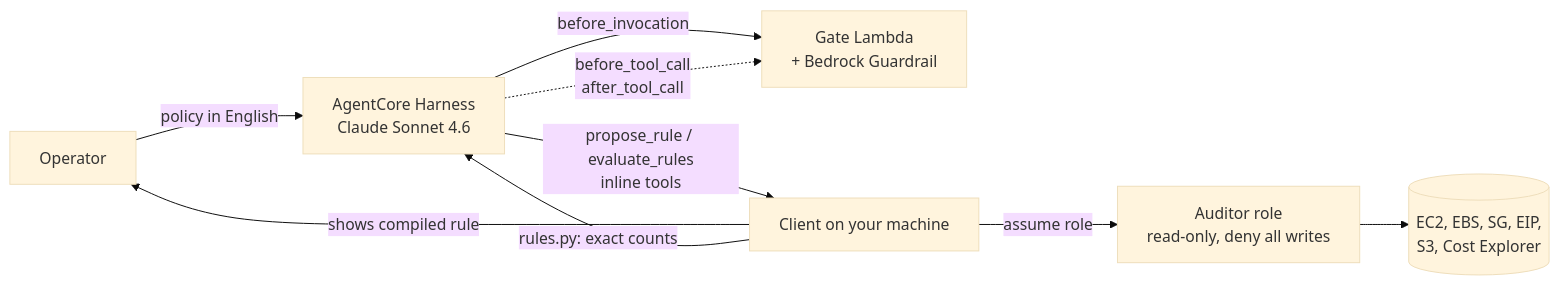
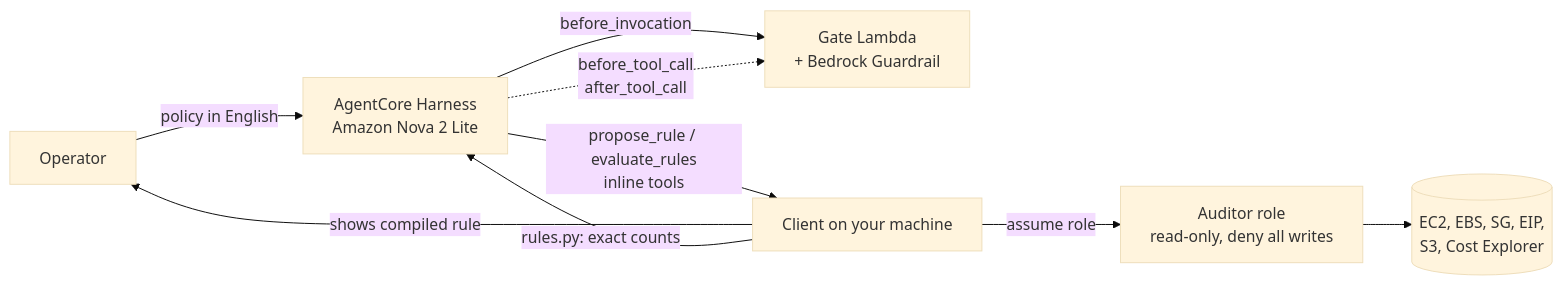
The diagram in README.md (xbill9/policy-warden), drawn with Mermaid (base theme) before and after one commit. The commit also changed other lines of this file and 1 other file, not shown here.

Commit message:
Default model: Amazon Nova 2 Lite
First-party, no Marketplace agreement, and the model only compiles rules;
code does the counting. Live probe: answers the job question and the gate
blocks the injection prompt (PROMPT_ATTACK, Remediation).

````diff
--- a/README.md
+++ b/README.md
@@ -17,11 +17,11 @@
 ```mermaid
 flowchart LR
-    U[Operator] -->|policy in English| H[AgentCore Harness<br/>Claude Sonnet 4.6]
+    U[Operator] -->|policy in English| H[AgentCore Harness<br/>Amazon Nova 2 Lite]
     H -->|before_invocation| G[Gate Lambda<br/>+ Bedrock Guardrail]
     H -->|propose_rule / evaluate_rules<br/>inline tools| C[Client on your machine]
     H -.->|before_tool_call<br/>after_tool_call| G
     C -->|shows compiled rule| U
     C -->|assume role| A[Auditor role<br/>read-only, deny all writes]
     A --> AWS[(EC2, EBS, SG, EIP,<br/>S3, Cost Explorer)]
     C -->|rules.py: exact counts| H
 ```
````
